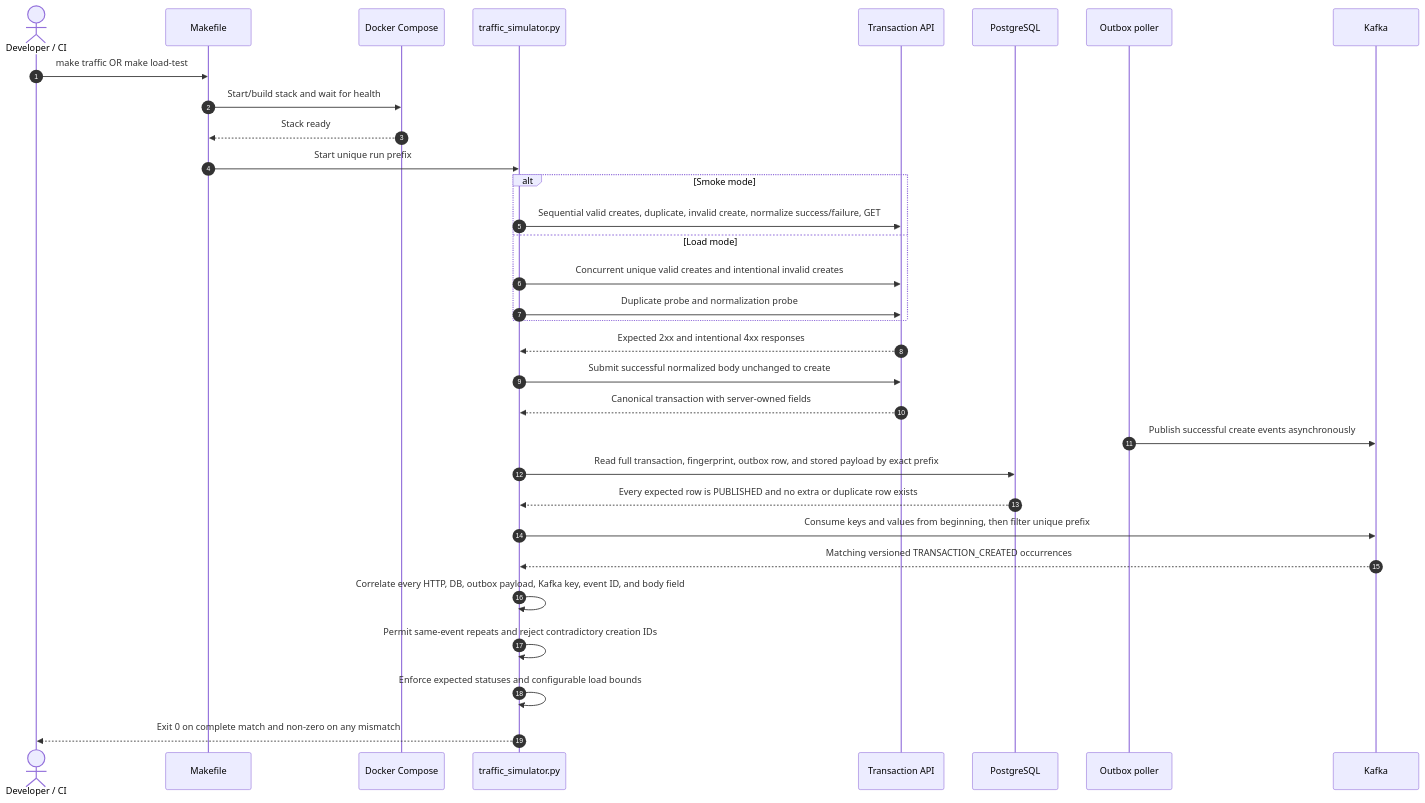
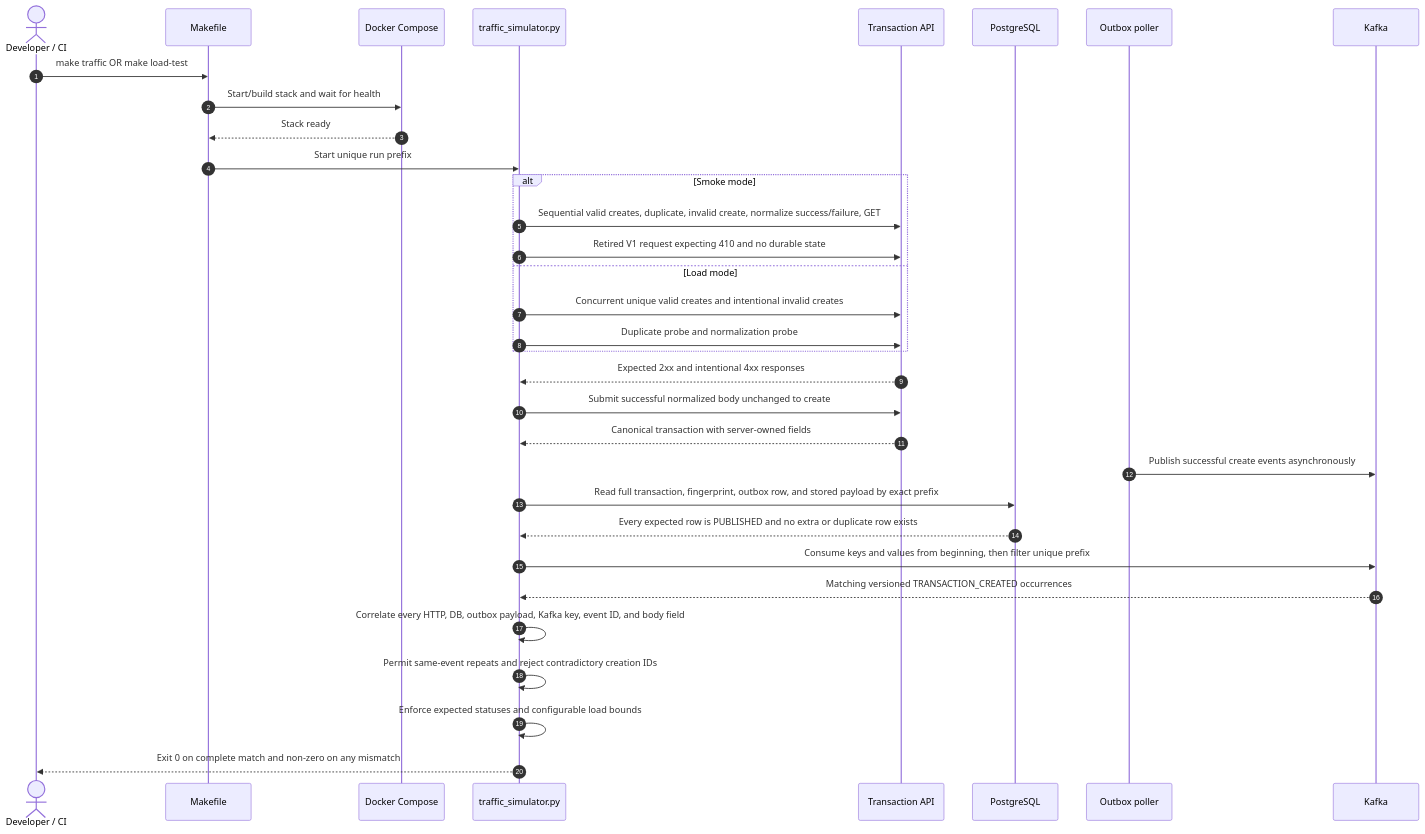
One commit to tarunngusain08/transaction-outbox-service changed diagram 13 of 19 in docs/sequence-diagrams.md. Above: the diagram before and after it, drawn with Mermaid. The commit also changed other lines of this file and 8 other files, not shown here.

````diff
--- a/docs/sequence-diagrams.md
+++ b/docs/sequence-diagrams.md
@@ -379,35 +423,36 @@
 ```mermaid
 sequenceDiagram
     autonumber
     actor Initiator as Developer / CI
     participant Make as Makefile
     participant Compose as Docker Compose
     participant Simulator as traffic_simulator.py
     participant API as Transaction API
     participant DB as PostgreSQL
     participant Poller as Outbox poller
     participant Kafka as Kafka
 
     Initiator->>Make: make traffic OR make load-test
     Make->>Compose: Start/build stack and wait for health
     Compose-->>Make: Stack ready
     Make->>Simulator: Start unique run prefix
     alt Smoke mode
         Simulator->>API: Sequential valid creates, duplicate, invalid create, normalize success/failure, GET
+        Simulator->>API: Retired V1 request expecting 410 and no durable state
     else Load mode
         Simulator->>API: Concurrent unique valid creates and intentional invalid creates
         Simulator->>API: Duplicate probe and normalization probe
     end
     API-->>Simulator: Expected 2xx and intentional 4xx responses
     Simulator->>API: Submit successful normalized body unchanged to create
     API-->>Simulator: Canonical transaction with server-owned fields
     Poller->>Kafka: Publish successful create events asynchronously
     Simulator->>DB: Read full transaction, fingerprint, outbox row, and stored payload by exact prefix
     DB-->>Simulator: Every expected row is PUBLISHED and no extra or duplicate row exists
     Simulator->>Kafka: Consume keys and values from beginning, then filter unique prefix
     Kafka-->>Simulator: Matching versioned TRANSACTION_CREATED occurrences
     Simulator->>Simulator: Correlate every HTTP, DB, outbox payload, Kafka key, event ID, and body field
     Simulator->>Simulator: Permit same-event repeats and reject contradictory creation IDs
     Simulator->>Simulator: Enforce expected statuses and configurable load bounds
     Simulator-->>Initiator: Exit 0 on complete match and non-zero on any mismatch
 ```
````
